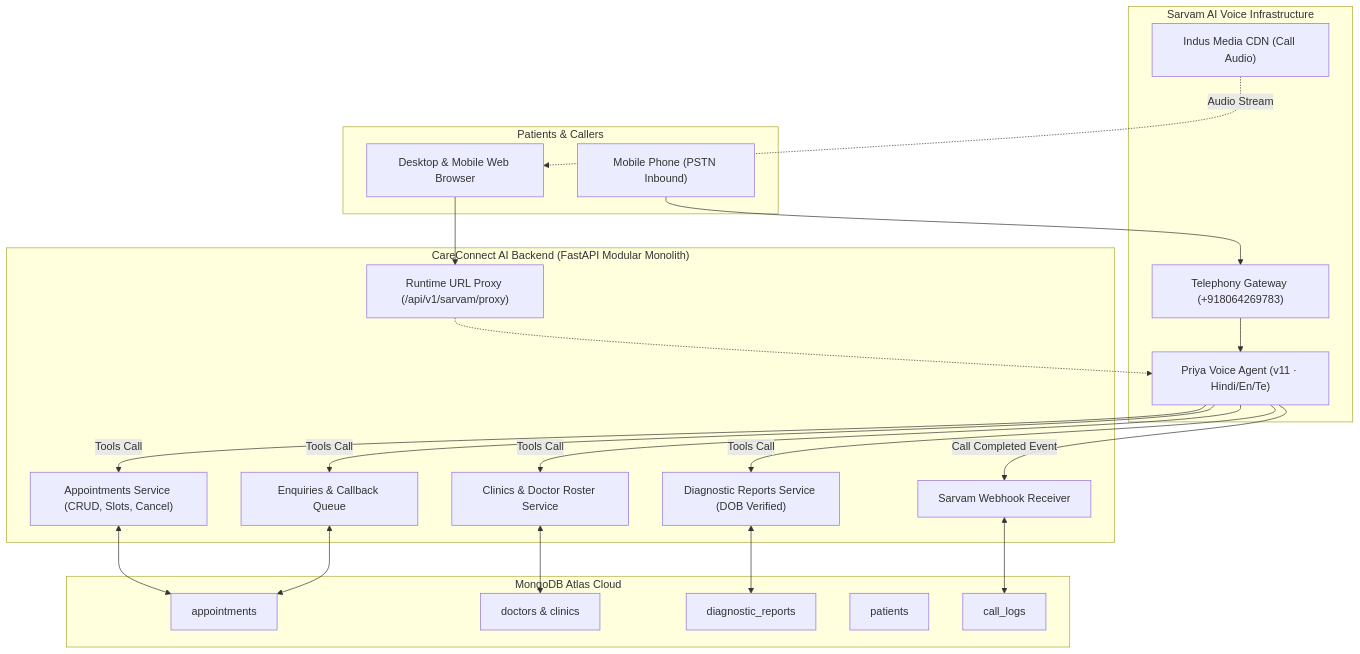
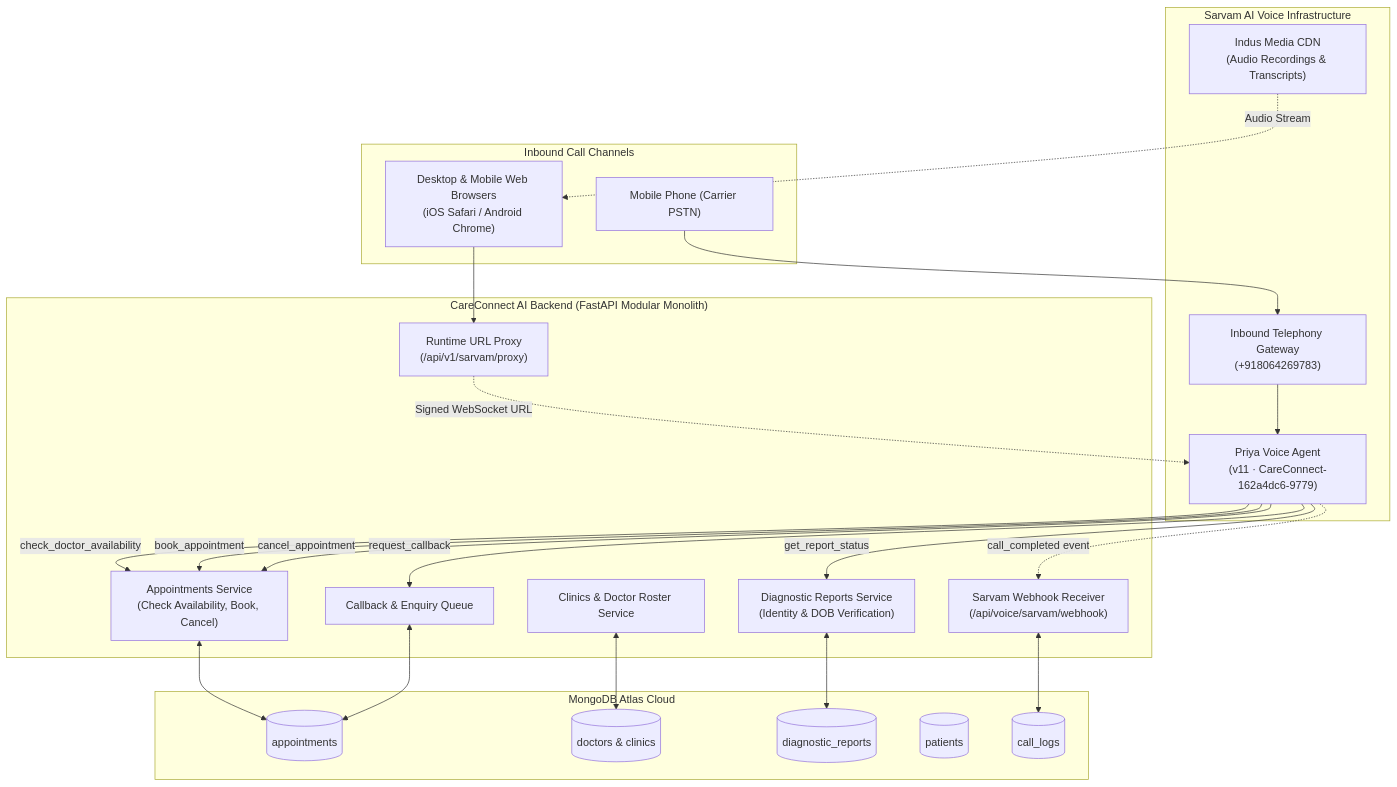
The diagram in README.md (krishnaaurora/CareConnect---AI-Clinic-Assisatant), drawn with Mermaid before and after one commit. The commit also changed other lines of this file and 2 other files, not shown here.

Commit message:
docs: restructure README matching TARA template with centered hero, problem, architecture, Sarvam rationale, screenshots, and live call transcript

````diff
--- a/README.md
+++ b/README.md
@@ -96,48 +121,49 @@
 ```mermaid
 flowchart TD
-    subgraph Users ["Patients & Callers"]
-        Phone["Mobile Phone (PSTN Inbound)"]
-        Browser["Desktop & Mobile Web Browser"]
+    subgraph Callers ["Inbound Call Channels"]
+        Phone["Mobile Phone (Carrier PSTN)"]
+        Browser["Desktop & Mobile Web Browsers\n(iOS Safari / Android Chrome)"]
     end
 
     subgraph SarvamVoice ["Sarvam AI Voice Infrastructure"]
-        TelGateway["Telephony Gateway (+918064269783)"]
-        VoiceAgent["Priya Voice Agent (v11 · Hindi/En/Te)"]
-        IndusCDN["Indus Media CDN (Call Audio)"]
+        TelGateway["Inbound Telephony Gateway\n(+918064269783)"]
+        VoiceAgent["Priya Voice Agent\n(v11 · CareConnect-162a4dc6-9779)"]
+        IndusCDN["Indus Media CDN\n(Audio Recordings & Transcripts)"]
     end
 
     subgraph BackendGateway ["CareConnect AI Backend (FastAPI Modular Monolith)"]
-        Proxy["Runtime URL Proxy (/api/v1/sarvam/proxy)"]
-        ApptRouter["Appointments Service (CRUD, Slots, Cancel)"]
-        ClinicsRouter["Clinics & Doctor Roster Service"]
-        DiagRouter["Diagnostic Reports Service (DOB Verified)"]
-        EnquiriesRouter["Enquiries & Callback Queue"]
-        WebhookHandler["Sarvam Webhook Receiver"]
+        Proxy["Runtime URL Proxy\n(/api/v1/sarvam/proxy)"]
+        ApptService["Appointments Service\n(Check Availability, Book, Cancel)"]
+        ClinicsService["Clinics & Doctor Roster Service"]
+        ReportService["Diagnostic Reports Service\n(Identity & DOB Verification)"]
+        CallbackService["Callback & Enquiry Queue"]
+        WebhookHandler["Sarvam Webhook Receiver\n(/api/voice/sarvam/webhook)"]
     end
 
     subgraph Database ["MongoDB Atlas Cloud"]
-        AppointmentsColl["appointments"]
-        DoctorsColl["doctors & clinics"]
-        ReportsColl["diagnostic_reports"]
-        PatientsColl["patients"]
-        CallsColl["call_logs"]
+        AppointmentsColl[("appointments")]
+        DoctorsColl[("doctors & clinics")]
+        ReportsColl[("diagnostic_reports")]
+        PatientsColl[("patients")]
+        CallsColl[("call_logs")]
     end
 
     Phone --> TelGateway
     TelGateway --> VoiceAgent
     Browser --> Proxy
-    Proxy -.-> VoiceAgent
+    Proxy -. Signed WebSocket URL .-> VoiceAgent
 
-    VoiceAgent -- Tools Call --> ApptRouter
-    VoiceAgent -- Tools Call --> ClinicsRouter
-    VoiceAgent -- Tools Call --> DiagRouter
-    VoiceAgent -- Tools Call --> EnquiriesRouter
-    VoiceAgent -- Call Completed Event --> WebhookHandler
+    VoiceAgent -- "check_doctor_availability" --> ApptService
+    VoiceAgent -- "book_appointment" --> ApptService
+    VoiceAgent -- "cancel_appointment" --> ApptService
+    VoiceAgent -- "get_report_status" --> ReportService
+    VoiceAgent -- "request_callback" --> CallbackService
+    VoiceAgent -. "call_completed event" .-> WebhookHandler
 
-    ApptRouter <--> AppointmentsColl
-    ClinicsRouter <--> DoctorsColl
-    DiagRouter <--> ReportsColl
-    EnquiriesRouter <--> AppointmentsColl
+    ApptService <--> AppointmentsColl
+    ClinicsService <--> DoctorsColl
+    ReportService <--> ReportsColl
+    CallbackService <--> AppointmentsColl
     WebhookHandler <--> CallsColl
     IndusCDN -. Audio Stream .-> Browser
 ```
````
